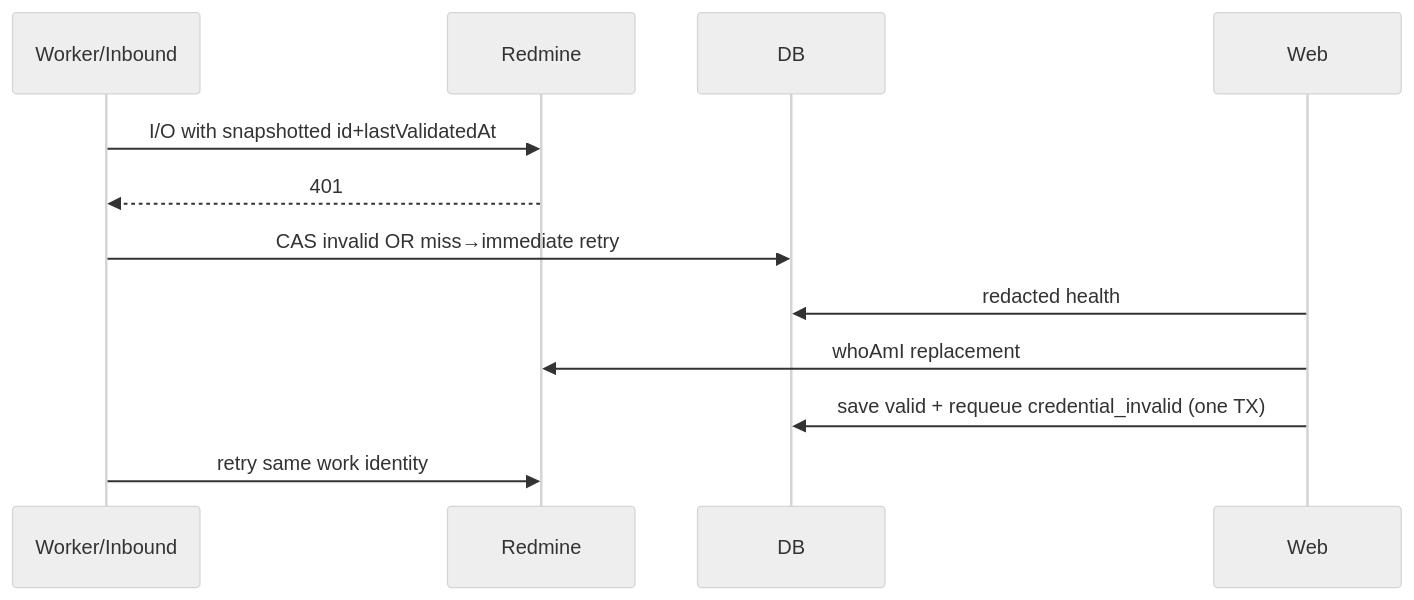
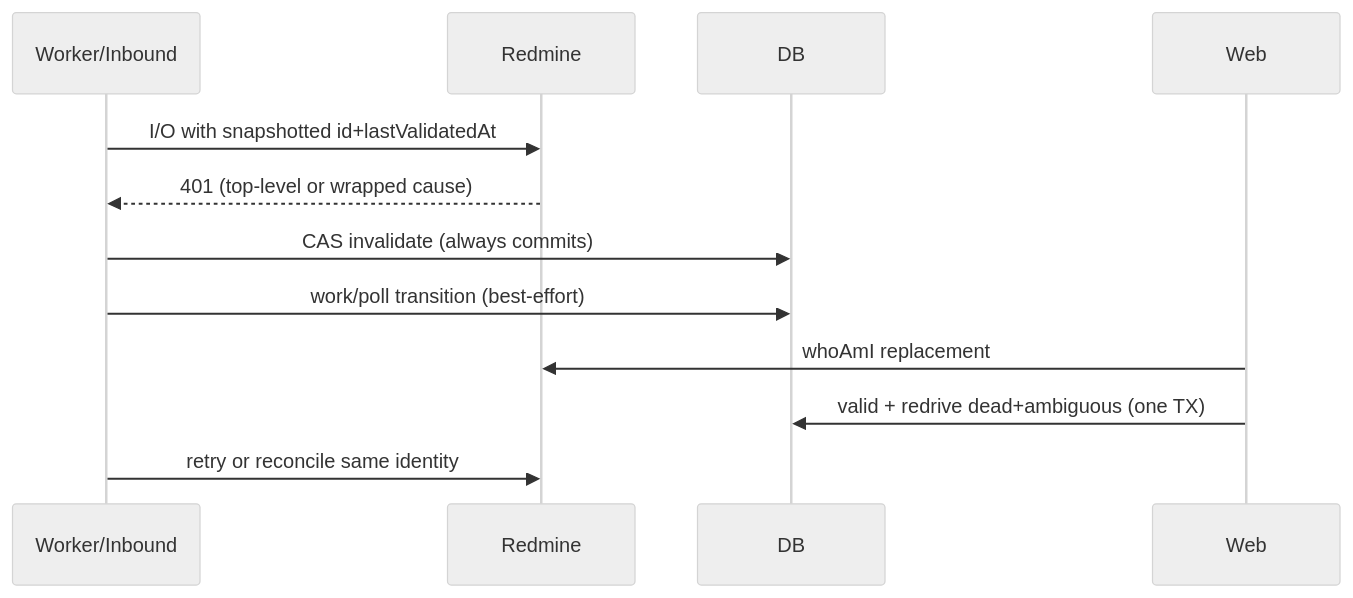
Before and after one commit to mmmarxdr/kanon: the diagram in openspec/changes/kan-211-redmine-credential-recovery/design.md, drawn with Mermaid (neutral theme). The commit also changed other lines of this file and 9 other files, not shown here.

````diff
--- a/openspec/changes/kan-211-redmine-credential-recovery/design.md
+++ b/openspec/changes/kan-211-redmine-credential-recovery/design.md
@@ -26,14 +26,14 @@
 ```mermaid
 sequenceDiagram
   participant W as Worker/Inbound
   participant R as Redmine
   participant DB
   participant Web
   W->>R: I/O with snapshotted id+lastValidatedAt
-  R-->>W: 401
-  W->>DB: CAS invalid OR miss→immediate retry
-  Web->>DB: redacted health
+  R-->>W: 401 (top-level or wrapped cause)
+  W->>DB: CAS invalidate (always commits)
+  W->>DB: work/poll transition (best-effort)
   Web->>R: whoAmI replacement
-  Web->>DB: save valid + requeue credential_invalid (one TX)
-  W->>R: retry same work identity
+  Web->>DB: valid + redrive dead+ambiguous (one TX)
+  W->>R: retry or reconcile same identity
 ```
````
